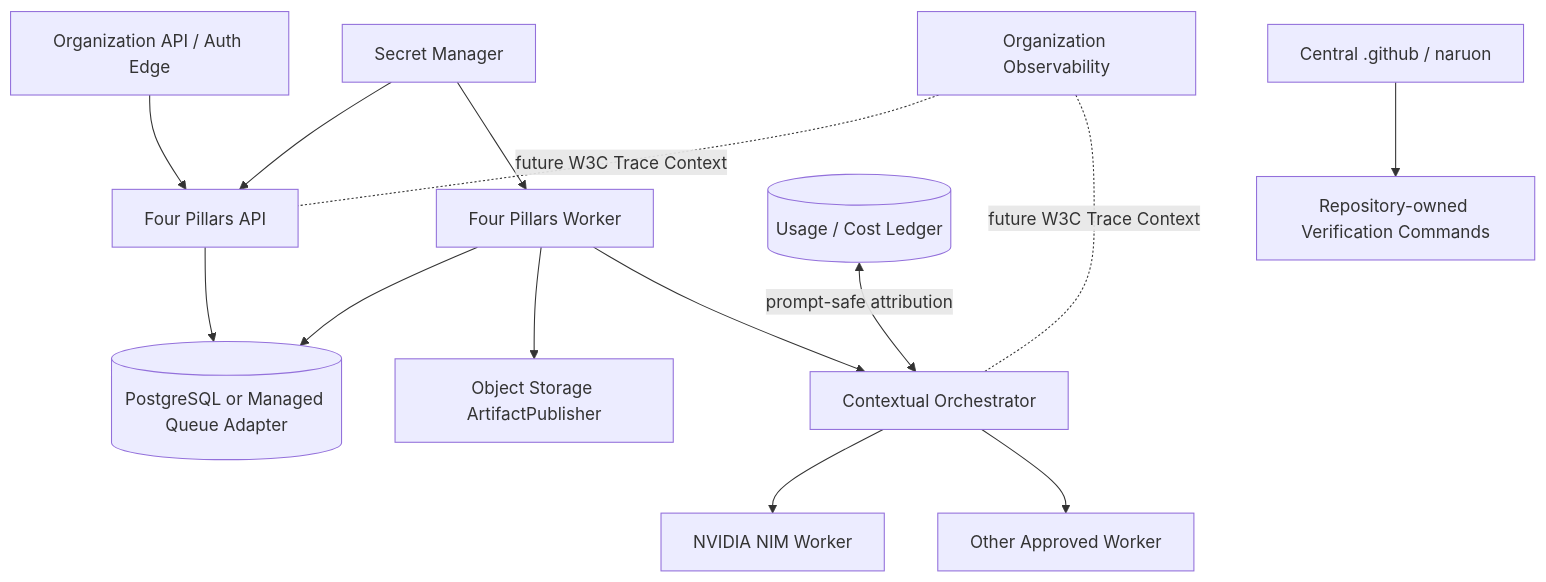
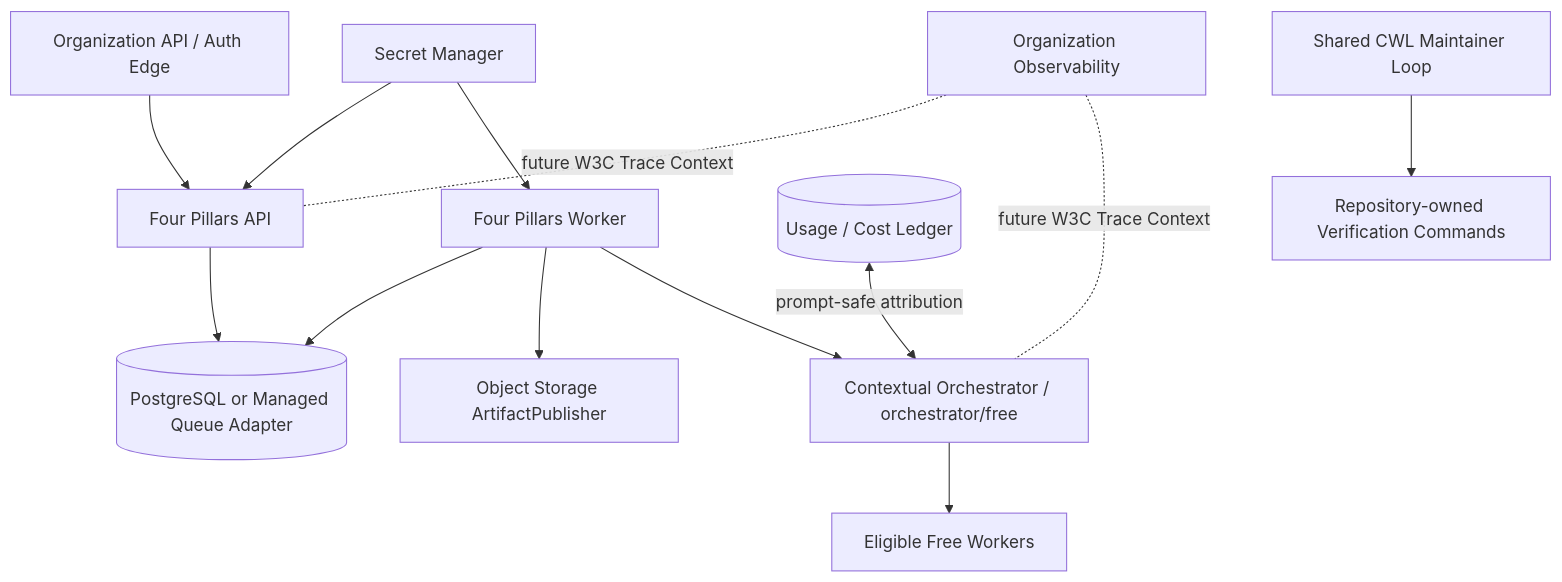
One commit to ContextualWisdomLab/four-pillars changed the sixth of 7 diagrams in docs/uml/architecture.md. Above: the diagram before and after it, drawn with Mermaid. The commit also changed other lines of this file, not shown here.

Commit message:
docs(uml): show orchestration ACL as the only product LLM path

````diff
--- a/docs/uml/architecture.md
+++ b/docs/uml/architecture.md
@@ -155,16 +139,15 @@
 ```mermaid
 flowchart TB
   Edge[Organization API / Auth Edge] --> API[Four Pillars API]
   API --> Repo[(PostgreSQL or Managed Queue Adapter)]
   Worker[Four Pillars Worker] --> Repo
   Worker --> Object[Object Storage ArtifactPublisher]
-  Worker --> Gateway[Contextual Orchestrator]
-  Gateway --> NIMW[NVIDIA NIM Worker]
-  Gateway --> Other[Other Approved Worker]
+  Worker --> Gateway[Contextual Orchestrator / orchestrator/free]
+  Gateway --> FreeWorkers[Eligible Free Workers]
   Ledger[(Usage / Cost Ledger)] <-- prompt-safe attribution --> Gateway
-  Central[Central .github / naruon] --> Checks[Repository-owned Verification Commands]
+  Central[Shared CWL Maintainer Loop] --> Checks[Repository-owned Verification Commands]
   Secrets[Secret Manager] --> API
   Secrets --> Worker
   Traces[Organization Observability] -. future W3C Trace Context .- API
   Traces -. future W3C Trace Context .- Gateway
 ```
````
